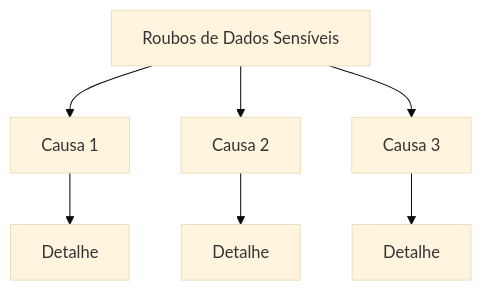
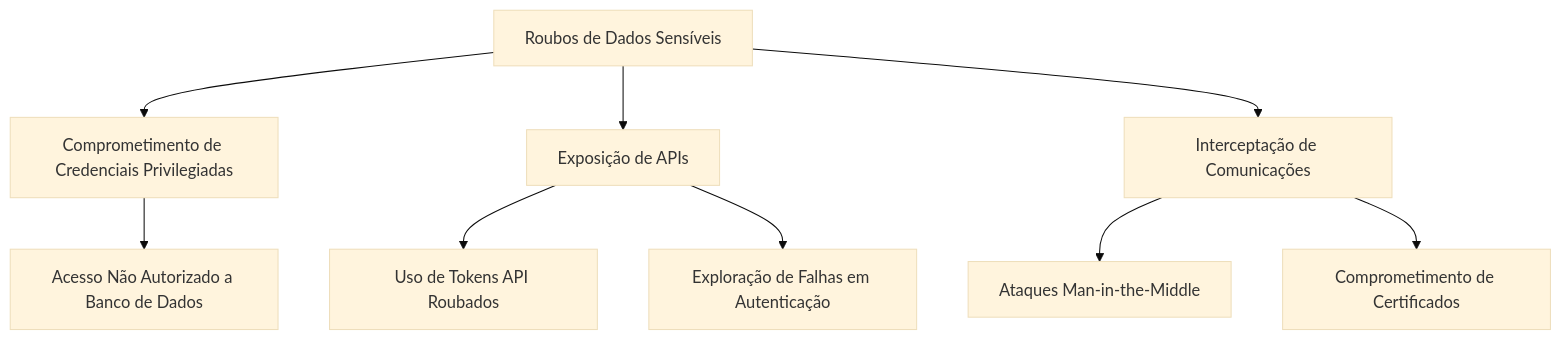
Before and after one commit to pedro-coelho-dr/threat-model-exercise: the second of 9 diagrams in readme.md, drawn with Mermaid (base theme). The commit also changed other lines of this file, not shown here.

````diff
--- a/readme.md
+++ b/readme.md
@@ -182,10 +186,14 @@
 ```mermaid
 flowchart TD
     A1[Roubos de Dados Sensíveis]
-    A1 --> A2[Causa 1]
-    A1 --> A3[Causa 2]
-    A1 --> A4[Causa 3]
-    A2 --> A5[Detalhe]
-    A3 --> A6[Detalhe]
-    A4 --> A7[Detalhe]
+    A1 --> A2[Comprometimento de Credenciais Privilegiadas]
+    A1 --> A3[Exposição de APIs]
+    A1 --> A4[Interceptação de Comunicações]
+    A2 --> A5[Acesso Não Autorizado a Banco de Dados]
+    A3 --> A6[Uso de Tokens API Roubados]
+    A3 --> A7[Exploração de Falhas em Autenticação]
+    A4 --> A8[Ataques Man-in-the-Middle]
+    A4 --> A9[Comprometimento de Certificados]
+
+
 ```
````
